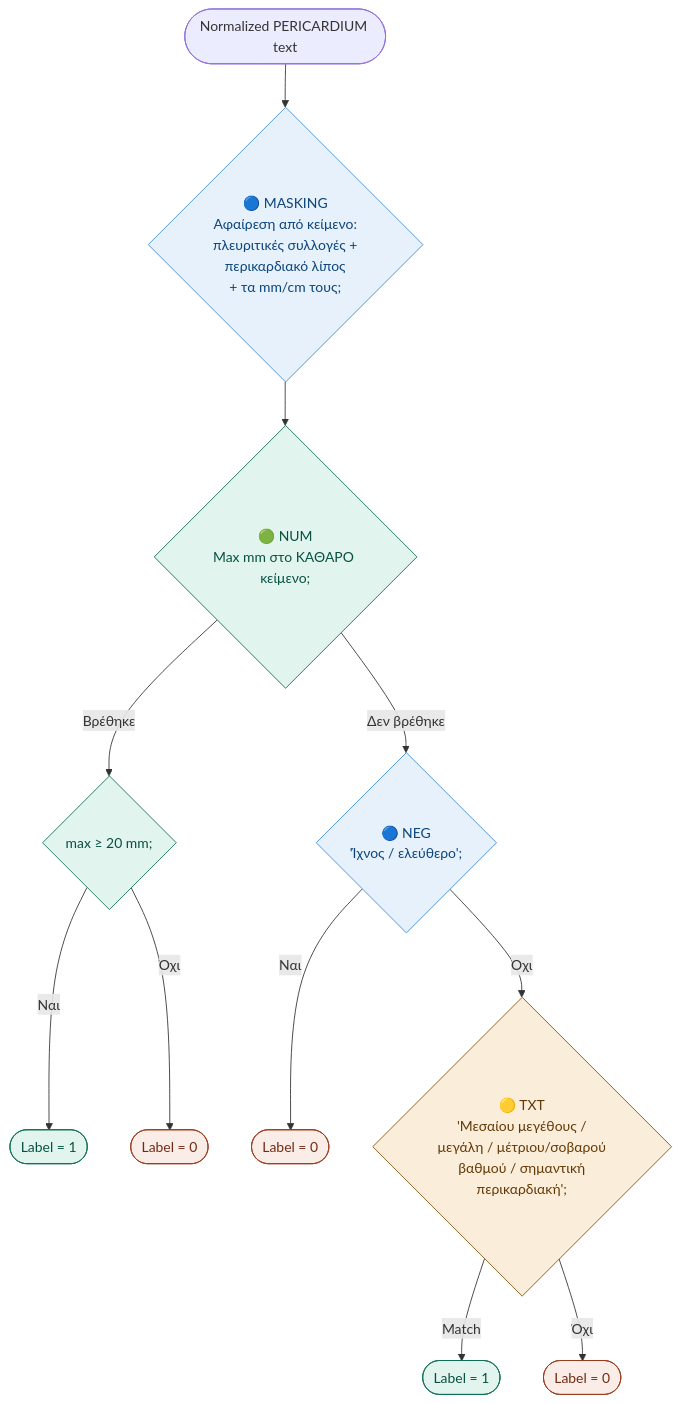
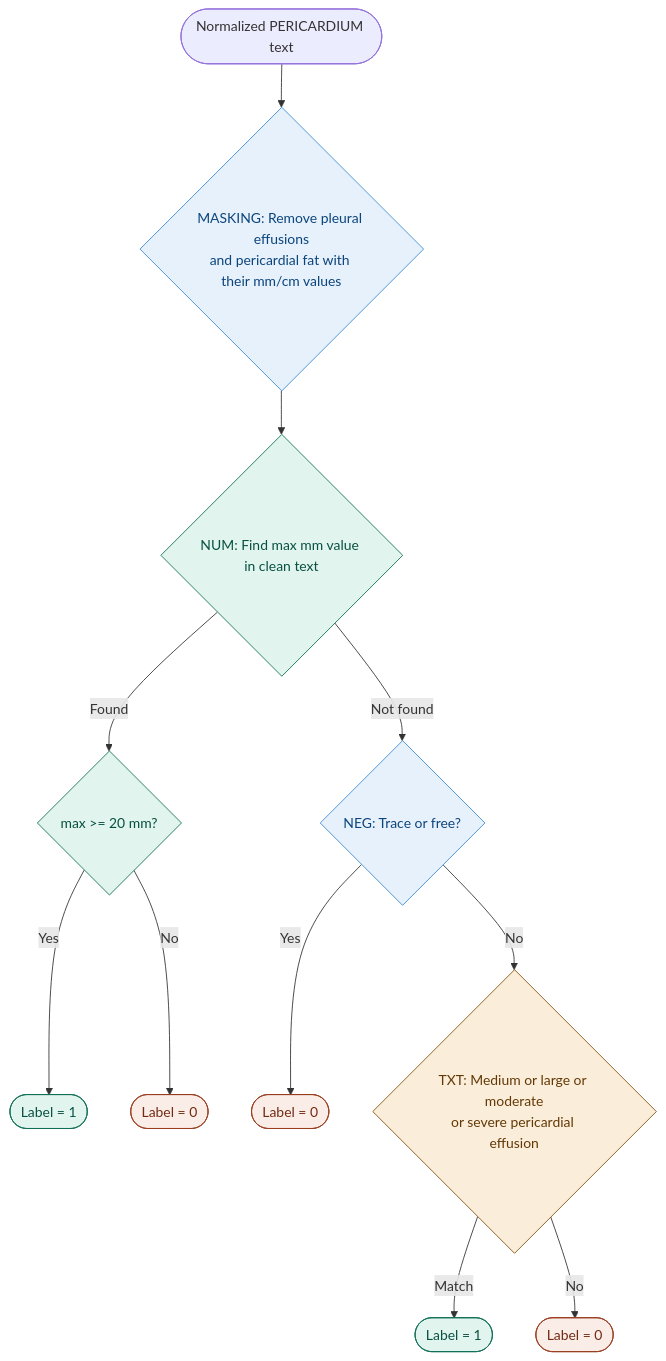
Diagram 16 of 17 in BINARY_EXTRACTION.md (evatsioumani/Echo), drawn with Mermaid before and after one commit. The commit also changed other lines of this file, not shown here.

````diff
--- a/BINARY_EXTRACTION.md
+++ b/BINARY_EXTRACTION.md
@@ -411,24 +414,24 @@
 ```mermaid
 flowchart TD
-    A([Normalized PERICARDIUM text]) --> M{🔵 MASKING\nΑφαίρεση από κείμενο:\nπλευριτικές συλλογές +\nπερικαρδιακό λίπος\n+ τα mm/cm τους;}
-    M --> B{🟢 NUM\nMax mm στο ΚΑΘΑΡΟ κείμενο;}
-    B -->|Βρέθηκε| C{max ≥ 20 mm;}
-    C -->|Ναι| Z1([Label = 1])
-    C -->|Όχι| Z0([Label = 0])
-    B -->|Δεν βρέθηκε| D{🔵 NEG\n'Ίχνος / ελεύθερο';}
-    D -->|Ναι| Z0b([Label = 0])
-    D -->|Όχι| E{🟡 TXT\n'Μεσαίου μεγέθους /\nμεγάλη / μέτριου/σοβαρού\nβαθμού / σημαντική\nπερικαρδιακή';}
+    A([Normalized PERICARDIUM text]) --> M{MASKING: Remove pleural effusions\nand pericardial fat with their mm/cm values}
+    M --> B{NUM: Find max mm value in clean text}
+    B -->|Found| C{max >= 20 mm?}
+    C -->|Yes| Z1([Label = 1])
+    C -->|No| Z0([Label = 0])
+    B -->|Not found| D{NEG: Trace or free?}
+    D -->|Yes| Z0b([Label = 0])
+    D -->|No| E{TXT: Medium or large or moderate\nor severe pericardial effusion}
     E -->|Match| Z1b([Label = 1])
-    E -->|Όχι| Z0c([Label = 0])
+    E -->|No| Z0c([Label = 0])
 
     style Z0 fill:#FAECE7,stroke:#993C1D,color:#712B13
     style Z0b fill:#FAECE7,stroke:#993C1D,color:#712B13
     style Z0c fill:#FAECE7,stroke:#993C1D,color:#712B13
     style Z1 fill:#E1F5EE,stroke:#0F6E56,color:#085041
     style Z1b fill:#E1F5EE,stroke:#0F6E56,color:#085041
     style M fill:#E6F1FB,stroke:#3B8BD4,color:#0C447C
     style B fill:#E1F5EE,stroke:#0F6E56,color:#085041
     style C fill:#E1F5EE,stroke:#0F6E56,color:#085041
     style D fill:#E6F1FB,stroke:#3B8BD4,color:#0C447C
     style E fill:#FAEEDA,stroke:#854F0B,color:#633806
 ```
````
